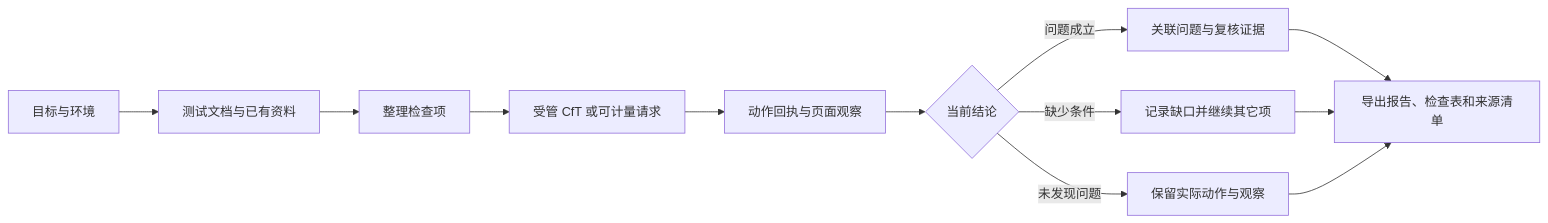
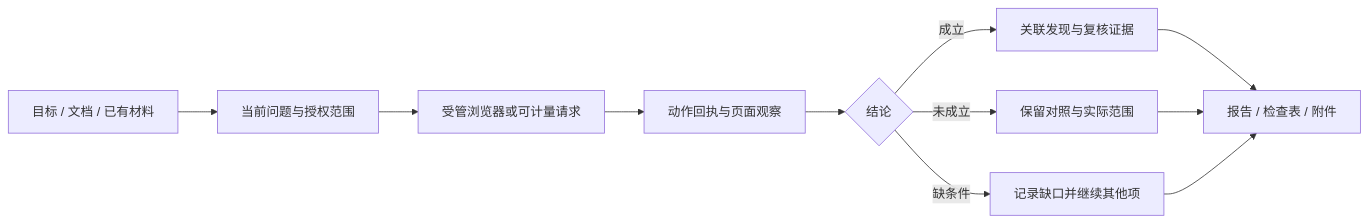
One commit to ITroyeSivan/Saker changed the diagram in README.md. Above: the diagram before and after it, drawn with Mermaid. The commit also changed other lines of this file and 805 other files, not shown here.

````diff
--- a/README.md
+++ b/README.md
@@ -41,14 +49,13 @@
 ```mermaid
 flowchart LR
-  A[目标与环境] --> B[测试文档与已有资料]
-  B --> C[整理检查项]
-  C --> D[受管 CfT 或可计量请求]
-  D --> E[动作回执与页面观察]
-  E --> F{当前结论}
-  F -->|问题成立| G[关联问题与复核证据]
-  F -->|缺少条件| H[记录缺口并继续其它项]
-  F -->|未发现问题| I[保留实际动作与观察]
-  G --> J[导出报告、检查表和来源清单]
-  H --> J
-  I --> J
+  A[目标 / 文档 / 已有材料] --> B[当前问题与授权范围]
+  B --> C[受管浏览器或可计量请求]
+  C --> D[动作回执与页面观察]
+  D --> E{结论}
+  E -->|成立| F[关联发现与复核证据]
+  E -->|未成立| G[保留对照与实际范围]
+  E -->|缺条件| H[记录缺口并继续其他项]
+  F --> I[报告 / 检查表 / 附件]
+  G --> I
+  H --> I
 ```
````
